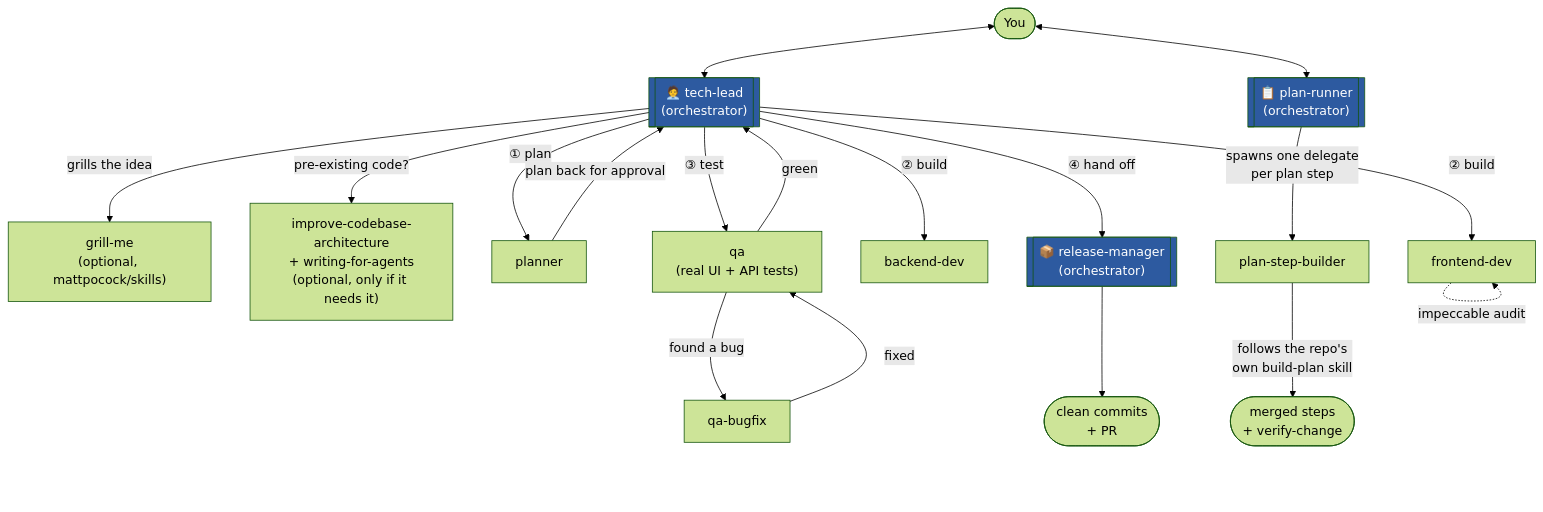
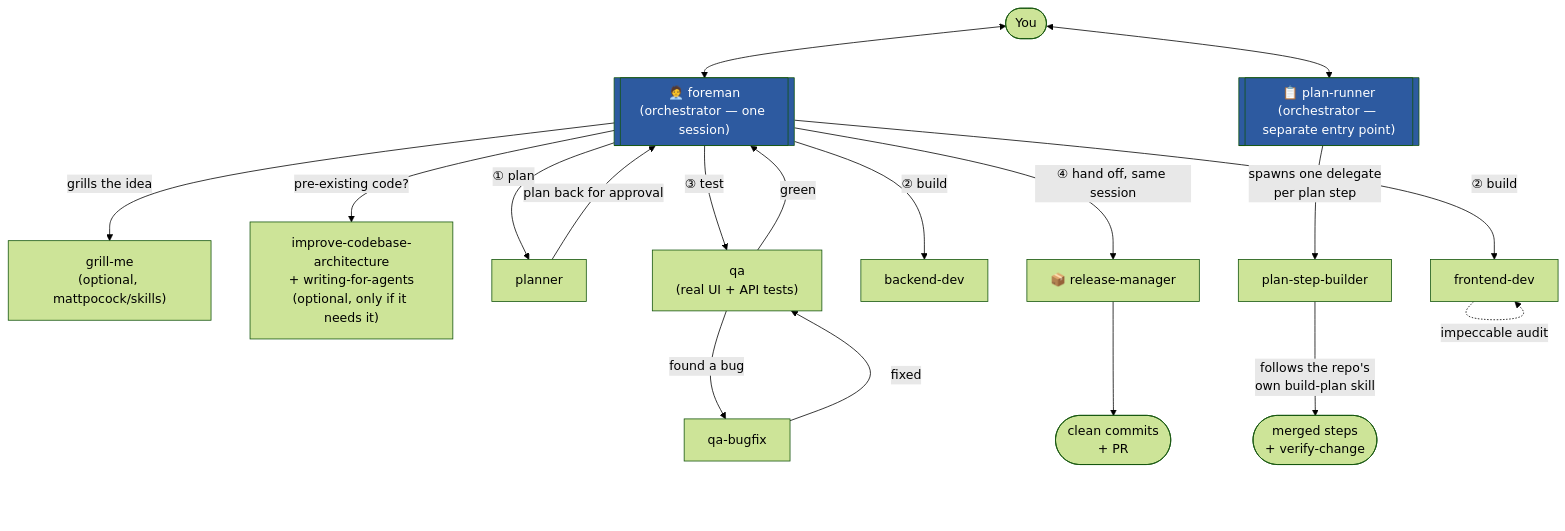
The first of 2 diagrams in README.md (MTBasso/foreman), drawn with Mermaid (forest theme) before and after one commit. The commit also changed other lines of this file and 25 other files, not shown here.

````diff
--- a/README.md
+++ b/README.md
@@ -22,30 +22,29 @@
 ```mermaid
 flowchart TD
-    U([You]) <--> TL[["🧑‍💼 tech-lead\n(orchestrator)"]]
+    U([You]) <--> FM[["🧑‍💼 foreman\n(orchestrator — one session)"]]
 
-    TL -- "grills the idea" --> GM["grill-me\n(optional, mattpocock/skills)"]
-    TL -- "pre-existing code?" --> AUDIT["improve-codebase-architecture\n+ writing-for-agents\n(optional, only if it needs it)"]
+    FM -- "grills the idea" --> GM["grill-me\n(optional, mattpocock/skills)"]
+    FM -- "pre-existing code?" --> AUDIT["improve-codebase-architecture\n+ writing-for-agents\n(optional, only if it needs it)"]
 
-    TL -- "① plan" --> PL["planner"]
-    PL -- "plan back for approval" --> TL
+    FM -- "① plan" --> PL["planner"]
+    PL -- "plan back for approval" --> FM
 
-    TL -- "② build" --> FE["frontend-dev"]
-    TL -- "② build" --> BE["backend-dev"]
+    FM -- "② build" --> FE["frontend-dev"]
+    FM -- "② build" --> BE["backend-dev"]
     FE -. "impeccable audit" .-> FE
 
-    TL -- "③ test" --> QA["qa\n(real UI + API tests)"]
+    FM -- "③ test" --> QA["qa\n(real UI + API tests)"]
     QA -- "found a bug" --> QB["qa-bugfix"]
     QB -- "fixed" --> QA
-    QA -- "green" --> TL
+    QA -- "green" --> FM
 
-    TL -- "④ hand off" --> RM[["📦 release-manager\n(orchestrator)"]]
+    FM -- "④ hand off, same session" --> RM["📦 release-manager"]
     RM --> SHIP(["clean commits\n+ PR"])
 
-    PR[["📋 plan-runner\n(orchestrator)"]] -- "spawns one delegate\nper plan step" --> PSB["plan-step-builder"]
+    PR[["📋 plan-runner\n(orchestrator — separate entry point)"]] -- "spawns one delegate\nper plan step" --> PSB["plan-step-builder"]
     PSB -- "follows the repo's\nown build-plan skill" --> SHIP2(["merged steps\n+ verify-change"])
     U <--> PR
 
-    style TL fill:#2d5aa0,color:#fff
-    style RM fill:#2d5aa0,color:#fff
+    style FM fill:#2d5aa0,color:#fff
     style PR fill:#2d5aa0,color:#fff
 ```
````
